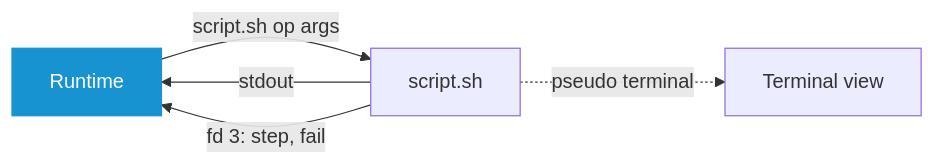
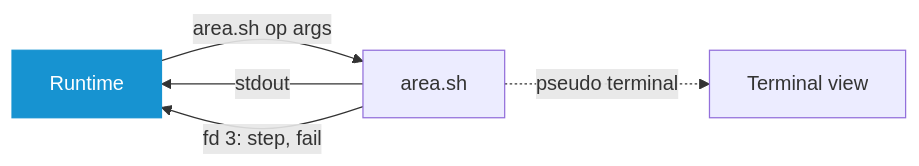
One commit to murkl/arch-os-manager changed the diagram in docs/REFERENCE.md. Above: the diagram before and after it, drawn with Mermaid. The commit also changed other lines of this file and 70 other files, not shown here.

````diff
--- a/docs/REFERENCE.md
+++ b/docs/REFERENCE.md
@@ -20,9 +21,9 @@
 ```mermaid
 flowchart LR
-    R[Runtime] -->|script.sh op args| S[script.sh]
+    R[Runtime] -->|area.sh op args| S[area.sh]
     S -->|stdout| R
     S -->|"fd 3: step, fail"| R
     S -.->|pseudo terminal| T[Terminal view]
 
     style R fill:#1793d1,stroke:#1793d1,color:#fff
 ```
````
